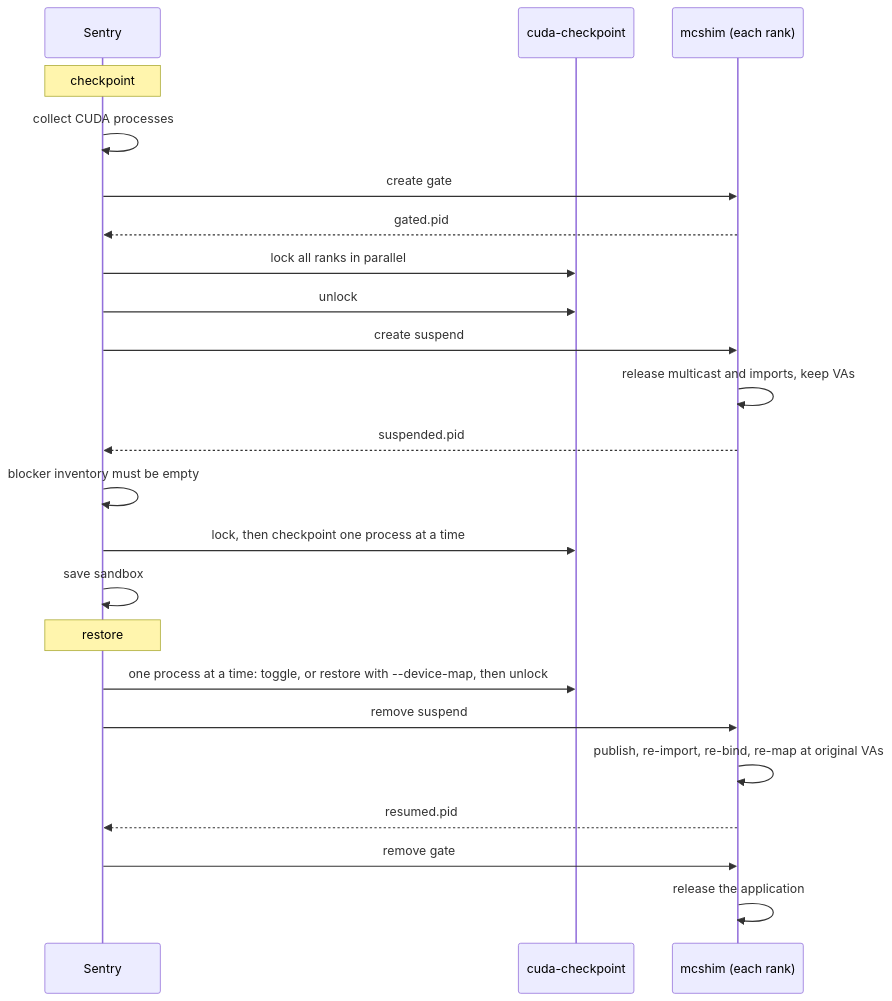
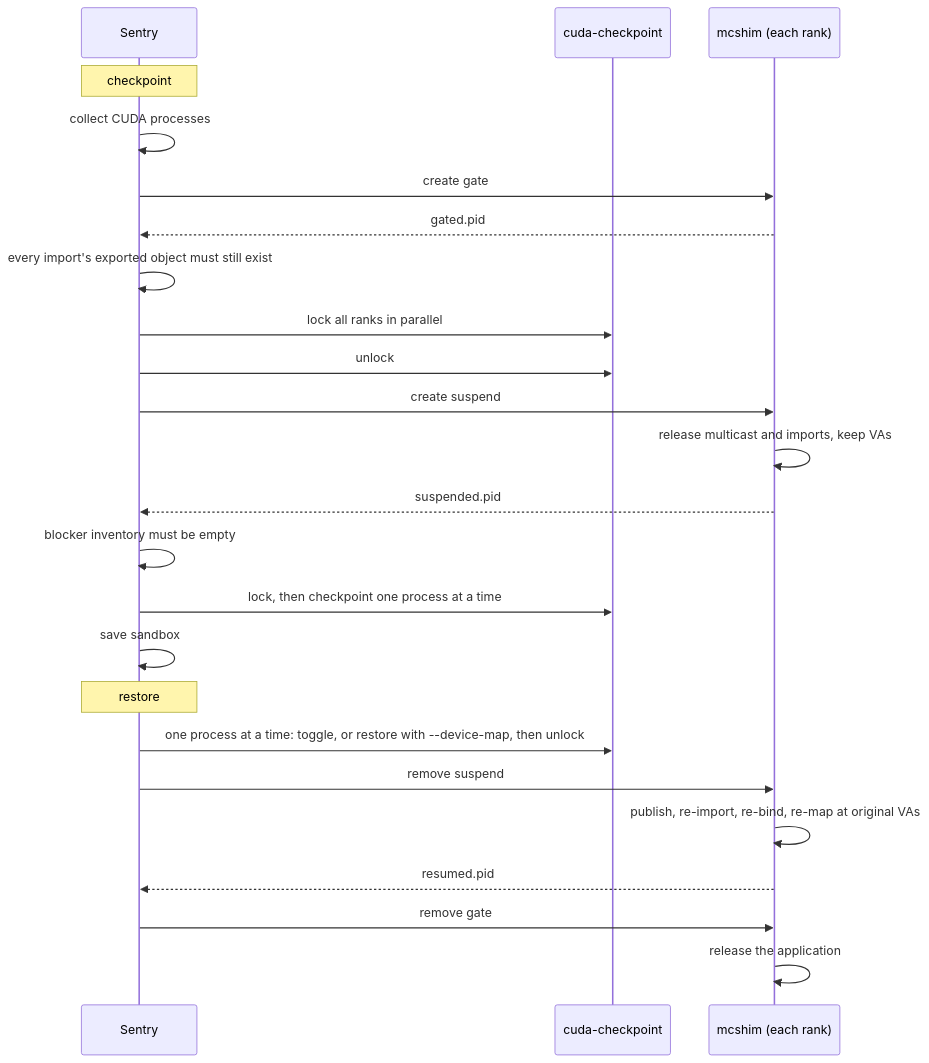
Before and after one commit to luiscape/gvisor: the second of 2 diagrams in g3doc/proposals/cuda_multigpu_checkpoint.md, drawn with Mermaid. The commit also changed other lines of this file and 1 other file, not shown here.

````diff
--- a/g3doc/proposals/cuda_multigpu_checkpoint.md
+++ b/g3doc/proposals/cuda_multigpu_checkpoint.md
@@ -209,25 +208,26 @@
 ```mermaid
 sequenceDiagram
     participant S as Sentry
     participant C as cuda-checkpoint
     participant M as mcshim (each rank)
     Note over S: checkpoint
     S->>S: collect CUDA processes
     S->>M: create gate
     M-->>S: gated.pid
+    S->>S: every import's exported object must still exist
     S->>C: lock all ranks in parallel
     S->>C: unlock
     S->>M: create suspend
     M->>M: release multicast and imports, keep VAs
     M-->>S: suspended.pid
     S->>S: blocker inventory must be empty
     S->>C: lock, then checkpoint one process at a time
     S->>S: save sandbox
     Note over S: restore
     S->>C: one process at a time: toggle, or restore with --device-map, then unlock
     S->>M: remove suspend
     M->>M: publish, re-import, re-bind, re-map at original VAs
     M-->>S: resumed.pid
     S->>M: remove gate
     M->>M: release the application
 ```
````
